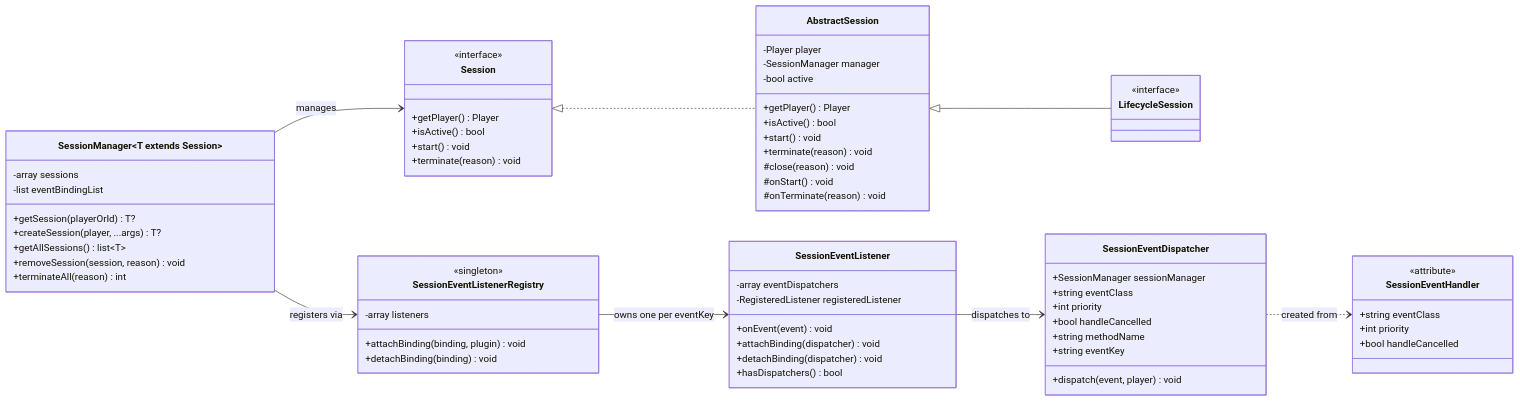
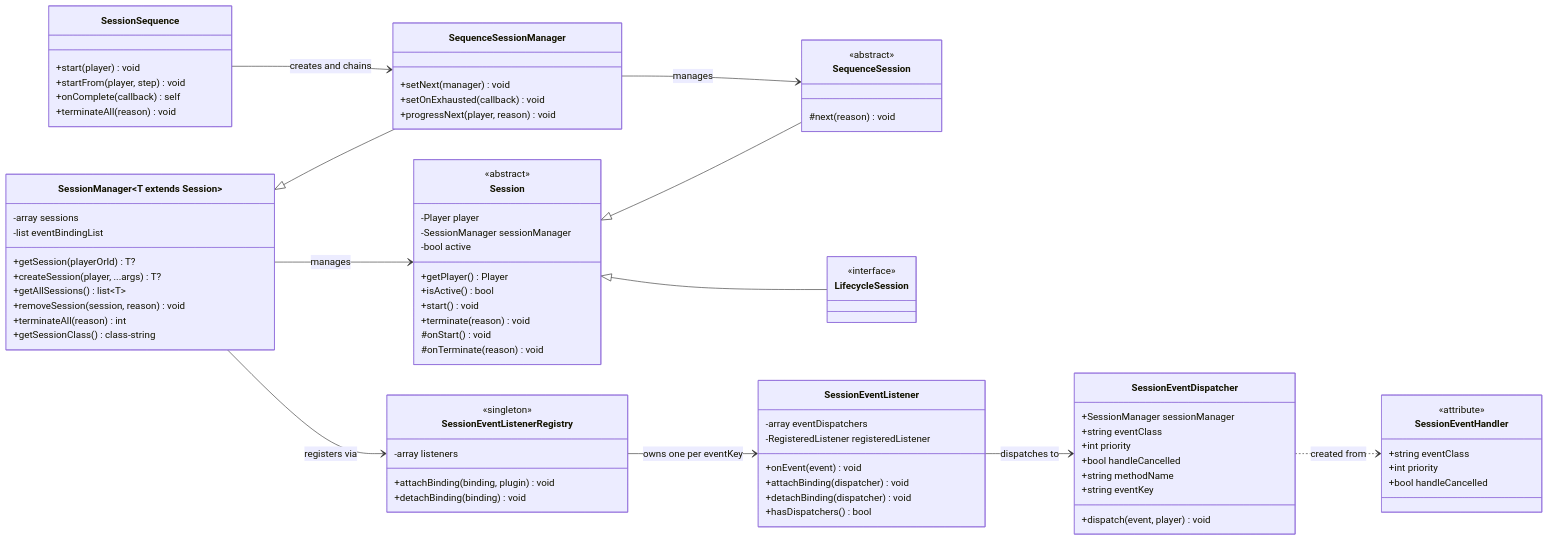
The diagram in README.md (presentkim-pm/session-utils), drawn with Mermaid before and after one commit. The commit also changed other lines of this file and 4 other files, not shown here.

First line of the commit message:
feat: add SessionSequence for ordered session progression

```diff
--- a/README.md
+++ b/README.md
@@ -51,24 +51,21 @@
 direction LR
 
 class Session {
-    <<interface>>
-    +getPlayer() Player
-    +isActive() bool
-    +start() void
-    +terminate(reason) void
-}
-
-class AbstractSession {
+    <<abstract>>
     -Player player
-    -SessionManager manager
+    -SessionManager sessionManager
     -bool active
     +getPlayer() Player
     +isActive() bool
     +start() void
     +terminate(reason) void
-    #close(reason) void
     #onStart() void
     #onTerminate(reason) void
+}
+
+class SequenceSession {
+    <<abstract>>
+    #next(reason) void
 }
 
 class LifecycleSession {
@@ -83,6 +80,20 @@
     +getAllSessions() list~T~
     +removeSession(session, reason) void
     +terminateAll(reason) int
+    +getSessionClass() class-string
+}
+
+class SequenceSessionManager {
+    +setNext(manager) void
+    +setOnExhausted(callback) void
+    +progressNext(player, reason) void
+}
+
+class SessionSequence {
+    +start(player) void
+    +startFrom(player, step) void
+    +onComplete(callback) self
+    +terminateAll(reason) void
 }
 
 class SessionEventListenerRegistry {
@@ -118,8 +129,11 @@
     +bool handleCancelled
 }
 
-Session <|.. AbstractSession
-AbstractSession <|-- LifecycleSession
+Session <|-- SequenceSession
+Session <|-- LifecycleSession
+SessionManager <|-- SequenceSessionManager
+SessionSequence --> SequenceSessionManager : creates and chains
+SequenceSessionManager --> SequenceSession : manages
 SessionManager --> Session : manages
 SessionManager --> SessionEventListenerRegistry : registers via
 SessionEventListenerRegistry --> SessionEventListener : owns one per eventKey
```
